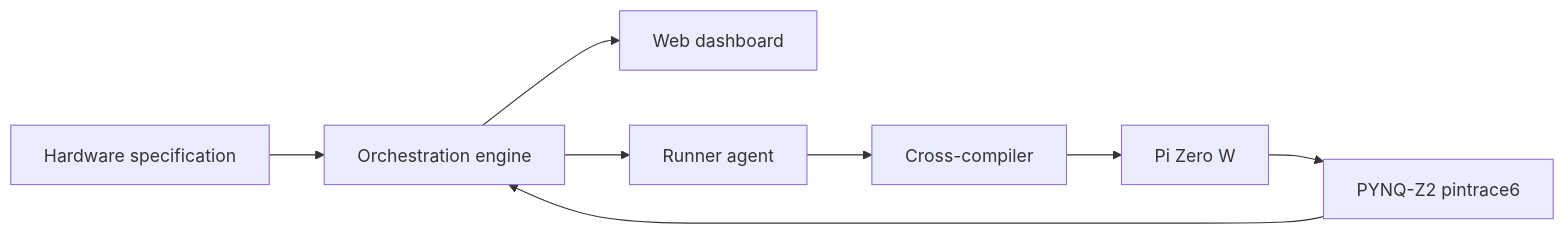
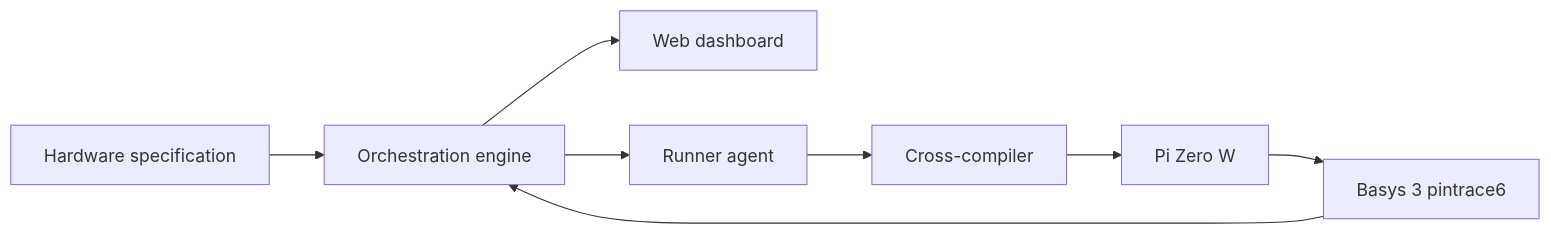
One commit to TBC-Projects/AI-Embedded-HIL changed the diagram in doc/architecture.md. Above: the diagram before and after it, drawn with Mermaid. The commit also changed other lines of this file and 12 other files, not shown here.

Commit message:
Added firmware files and updated README documentations to swap PYNQ FPGA references to Basys3 FPGA

````diff
--- a/doc/architecture.md
+++ b/doc/architecture.md
@@ -5,10 +5,10 @@
 ```mermaid
 flowchart LR
   spec[Hardware specification] --> orch[Orchestration engine]
   orch --> dash[Web dashboard]
   orch --> runner[Runner agent]
   runner --> gcc[Cross-compiler]
   gcc --> pi[Pi Zero W]
-  pi --> fpga[PYNQ-Z2 pintrace6]
+  pi --> fpga[Basys 3 pintrace6]
   fpga --> orch
 ```
````
